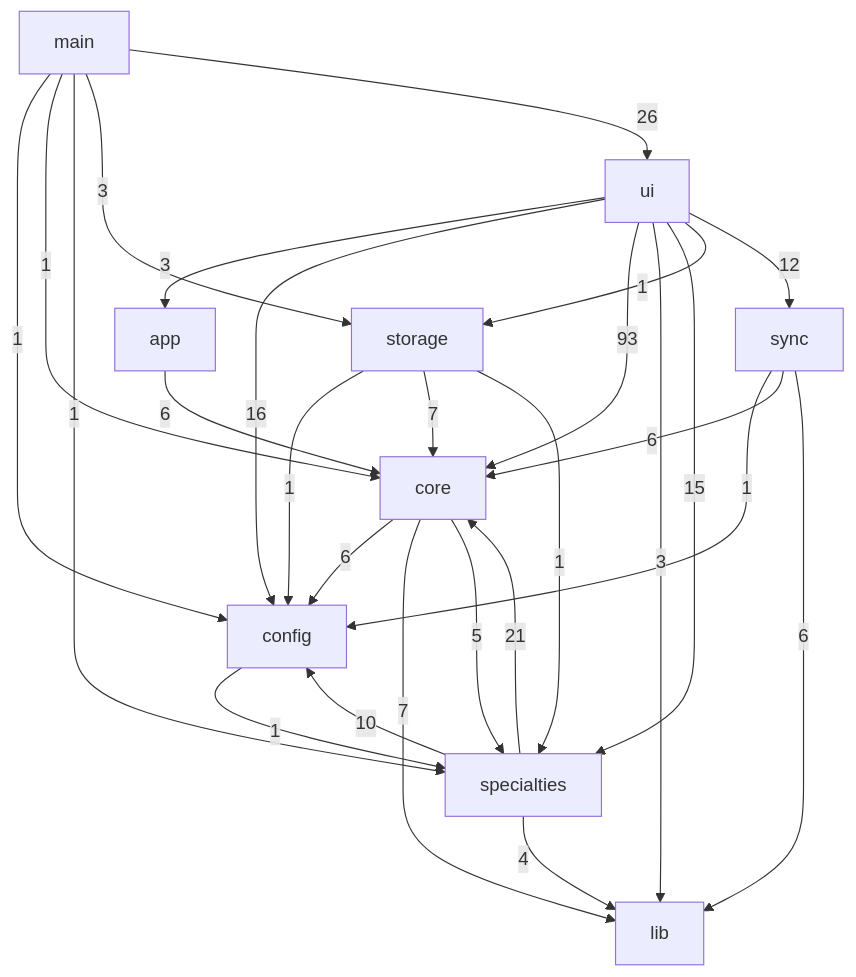
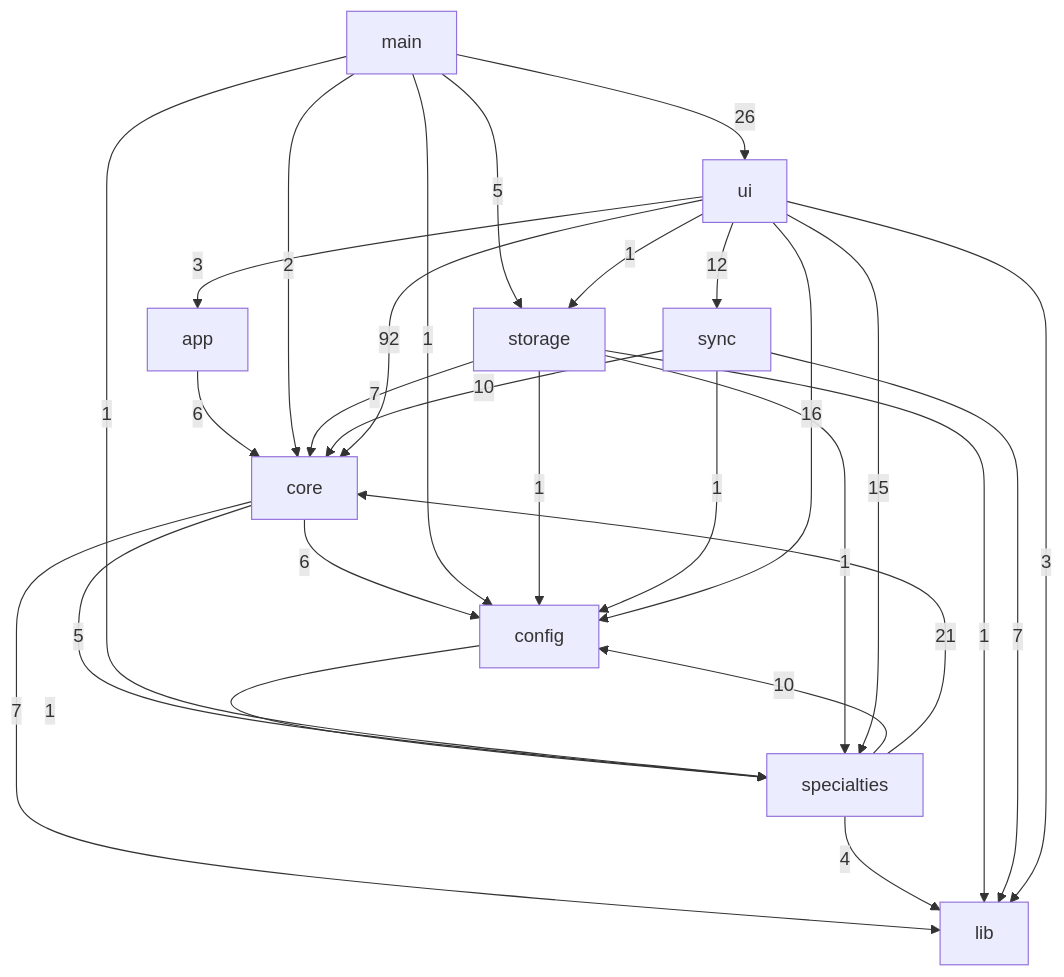
One commit to DanielOpazoD/rondahhroftalmologia changed the diagram in docs/DEPENDENCIAS.md. Above: the diagram before and after it, drawn with Mermaid. The commit also changed other lines of this file and 3 other files, not shown here.

````diff
--- a/docs/DEPENDENCIAS.md
+++ b/docs/DEPENDENCIAS.md
@@ -27,29 +27,30 @@
 ```mermaid
 flowchart TD
   app -->|6| core
   config -->|1| specialties
   core -->|6| config
   core -->|7| lib
   core -->|5| specialties
   main -->|1| config
-  main -->|1| core
+  main -->|2| core
   main -->|1| specialties
-  main -->|3| storage
+  main -->|5| storage
   main -->|26| ui
   specialties -->|10| config
   specialties -->|21| core
   specialties -->|4| lib
   storage -->|1| config
   storage -->|7| core
+  storage -->|1| lib
   storage -->|1| specialties
   sync -->|1| config
-  sync -->|6| core
-  sync -->|6| lib
+  sync -->|10| core
+  sync -->|7| lib
   ui -->|3| app
   ui -->|16| config
-  ui -->|93| core
+  ui -->|92| core
   ui -->|3| lib
   ui -->|15| specialties
   ui -->|1| storage
   ui -->|12| sync
 ```
````
